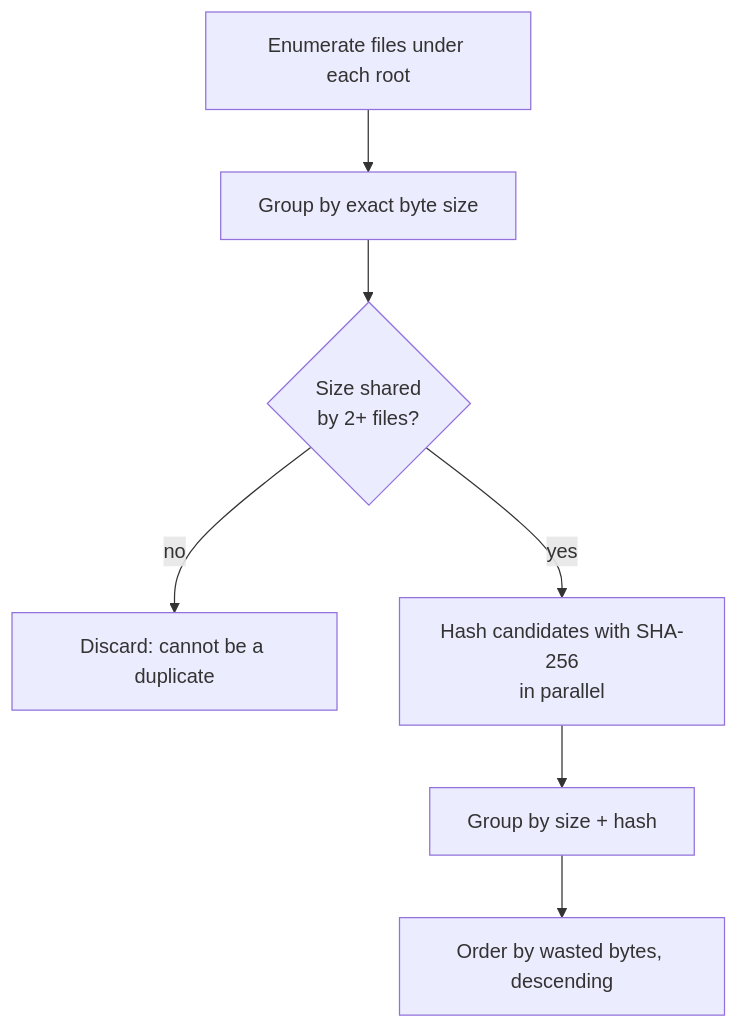
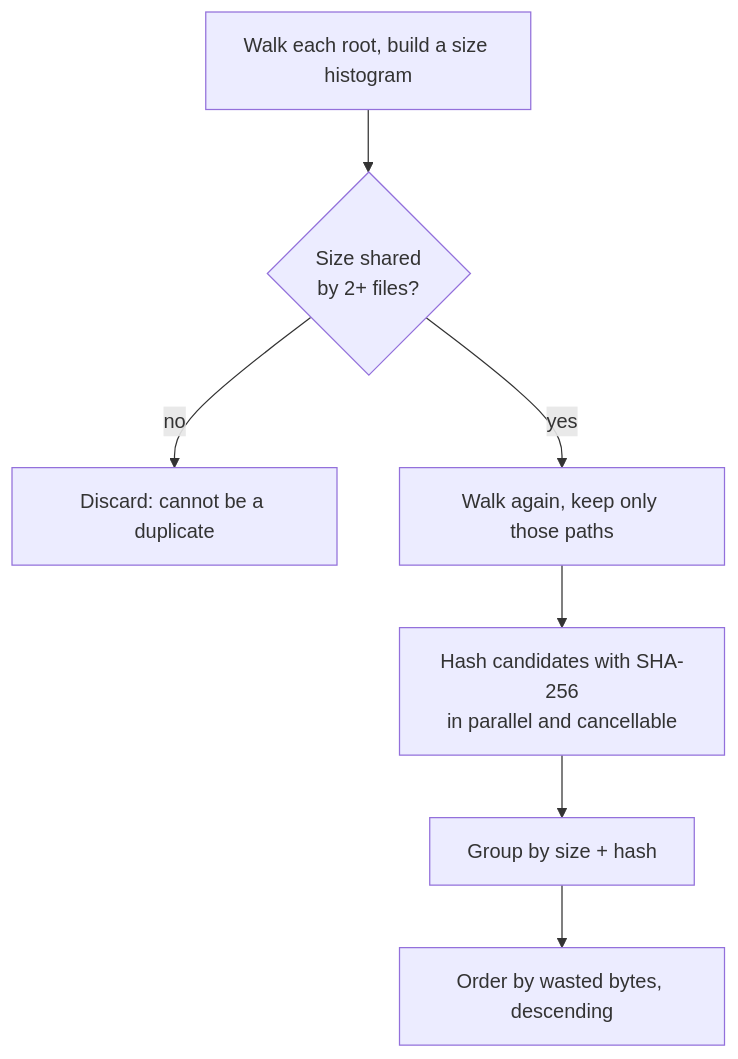
One commit to adityashirsatrao007/dupfind changed the diagram in README.md. Above: the diagram before and after it, drawn with Mermaid. The commit also changed other lines of this file and 3 other files, not shown here.

````diff
--- a/README.md
+++ b/README.md
@@ -28,9 +28,9 @@
 ```mermaid
 flowchart TD
-    A[Enumerate files under each root] --> B[Group by exact byte size]
-    B --> C{Size shared<br/>by 2+ files?}
-    C -- no --> X[Discard: cannot be a duplicate]
-    C -- yes --> D[Hash candidates with SHA-256<br/>in parallel]
+    A[Walk each root, build a size histogram] --> B{Size shared<br/>by 2+ files?}
+    B -- no --> X[Discard: cannot be a duplicate]
+    B -- yes --> C[Walk again, keep only those paths]
+    C --> D[Hash candidates with SHA-256<br/>in parallel and cancellable]
     D --> E[Group by size + hash]
     E --> F[Order by wasted bytes, descending]
 ```
````
